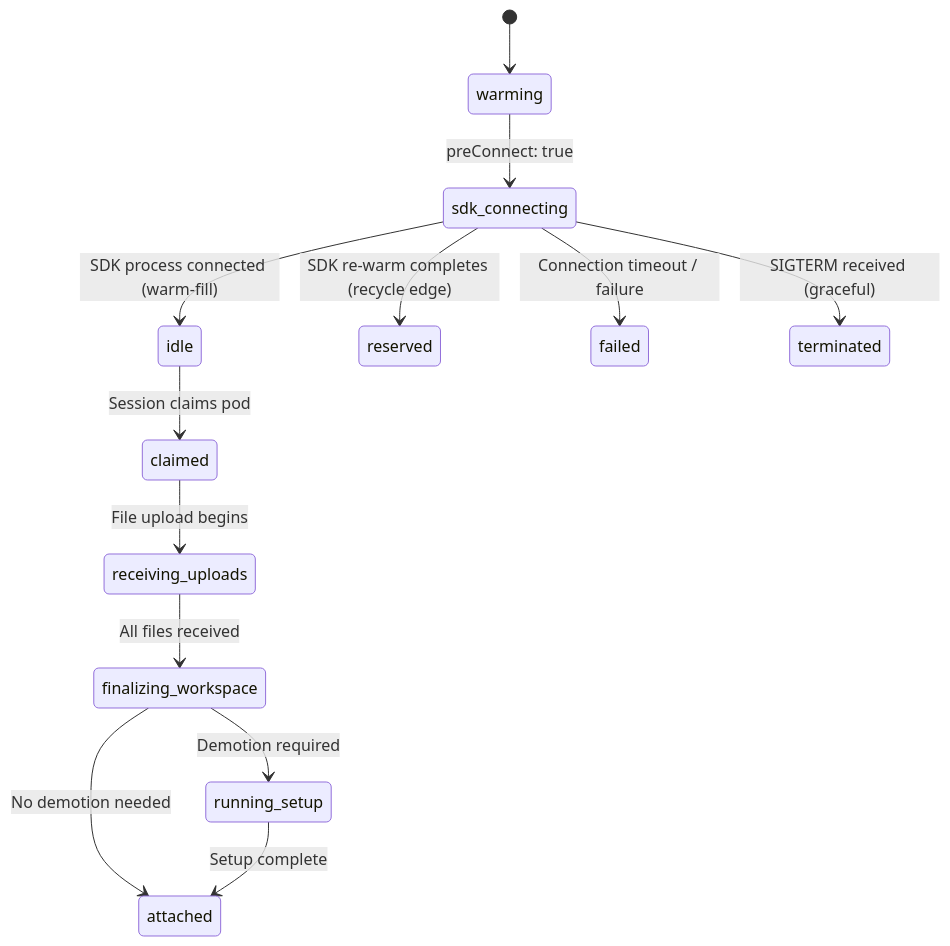
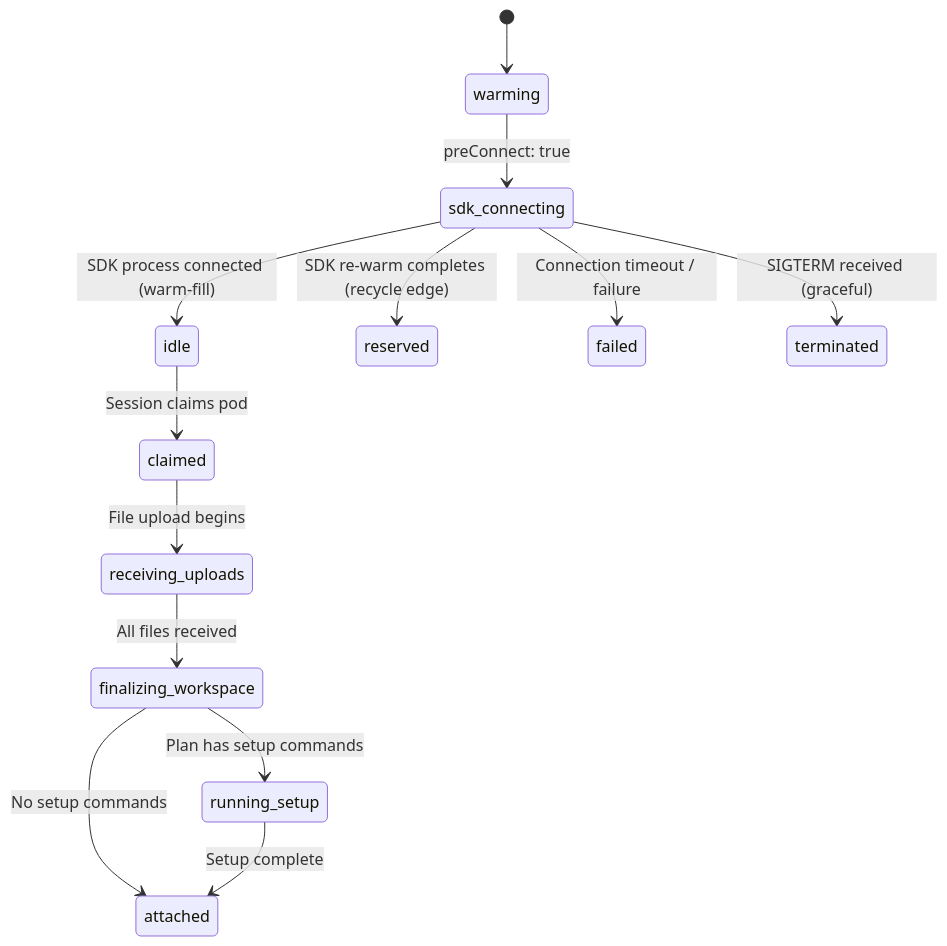
Before and after one commit to lennylabs/lenny: the third of 7 diagrams in docs/reference/state-machines.md, drawn with Mermaid. The commit also changed 23 other files, not shown here.

````diff
--- a/docs/reference/state-machines.md
+++ b/docs/reference/state-machines.md
@@ -181,16 +181,16 @@
 ```mermaid
 stateDiagram-v2
     [*] --> warming
     warming --> sdk_connecting : preConnect: true
     sdk_connecting --> idle : SDK process connected (warm-fill)
     sdk_connecting --> reserved : SDK re-warm completes (recycle edge)
     sdk_connecting --> failed : Connection timeout / failure
     sdk_connecting --> terminated : SIGTERM received (graceful)
 
     idle --> claimed : Session claims pod
     claimed --> receiving_uploads : File upload begins
     receiving_uploads --> finalizing_workspace : All files received
-    finalizing_workspace --> running_setup : Demotion required
-    finalizing_workspace --> attached : No demotion needed
+    finalizing_workspace --> running_setup : Plan has setup commands
+    finalizing_workspace --> attached : No setup commands
     running_setup --> attached : Setup complete
 ```
````
